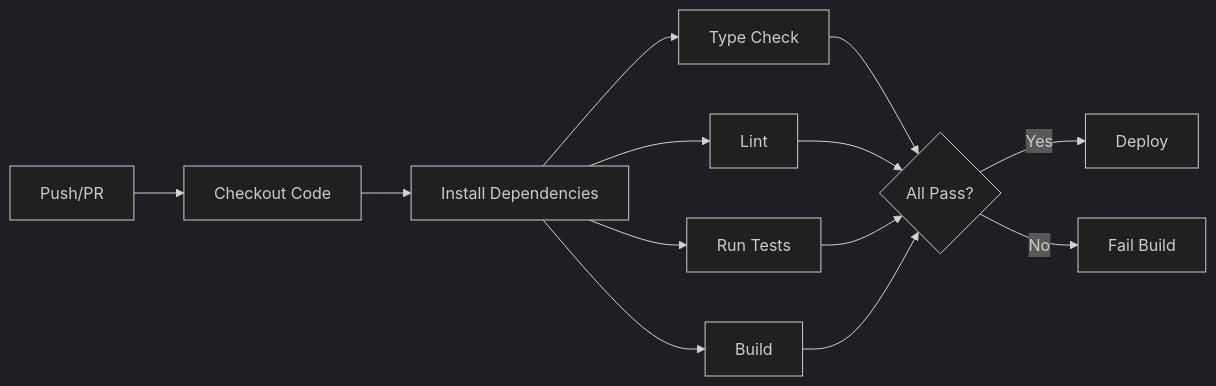
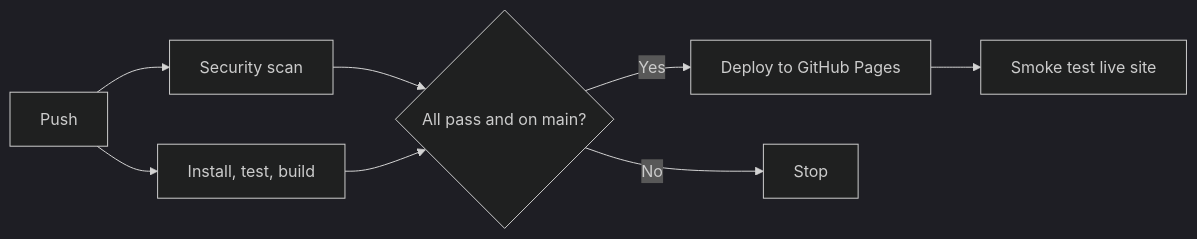
Before and after one commit to donedgardo/react-ci-cd-template: the diagram in README.md, drawn with Mermaid (dark theme). The commit also changed other lines of this file and 1 other file, not shown here.

First line of the commit message:
Deploy to GitHub Pages from the CI pipeline

````diff
--- a/README.md
+++ b/README.md
@@ -88,15 +91,10 @@
 ```mermaid
 graph LR
-    A[Push/PR] --> B[Checkout Code]
-    B --> C[Install Dependencies]
-    C --> D[Type Check]
-    C --> E[Lint]
-    C --> F[Run Tests]
-    C --> G[Build]
-    D --> H{All Pass?}
-    E --> H
-    F --> H
-    G --> H
-    H -->|Yes| I[Deploy]
-    H -->|No| J[Fail Build]
+    A[Push] --> B[Security scan]
+    A --> C[Install, test, build]
+    B --> D{All pass and on main?}
+    C --> D
+    D -->|Yes| E[Deploy to GitHub Pages]
+    E --> F[Smoke test live site]
+    D -->|No| G[Stop]
 ```
````
